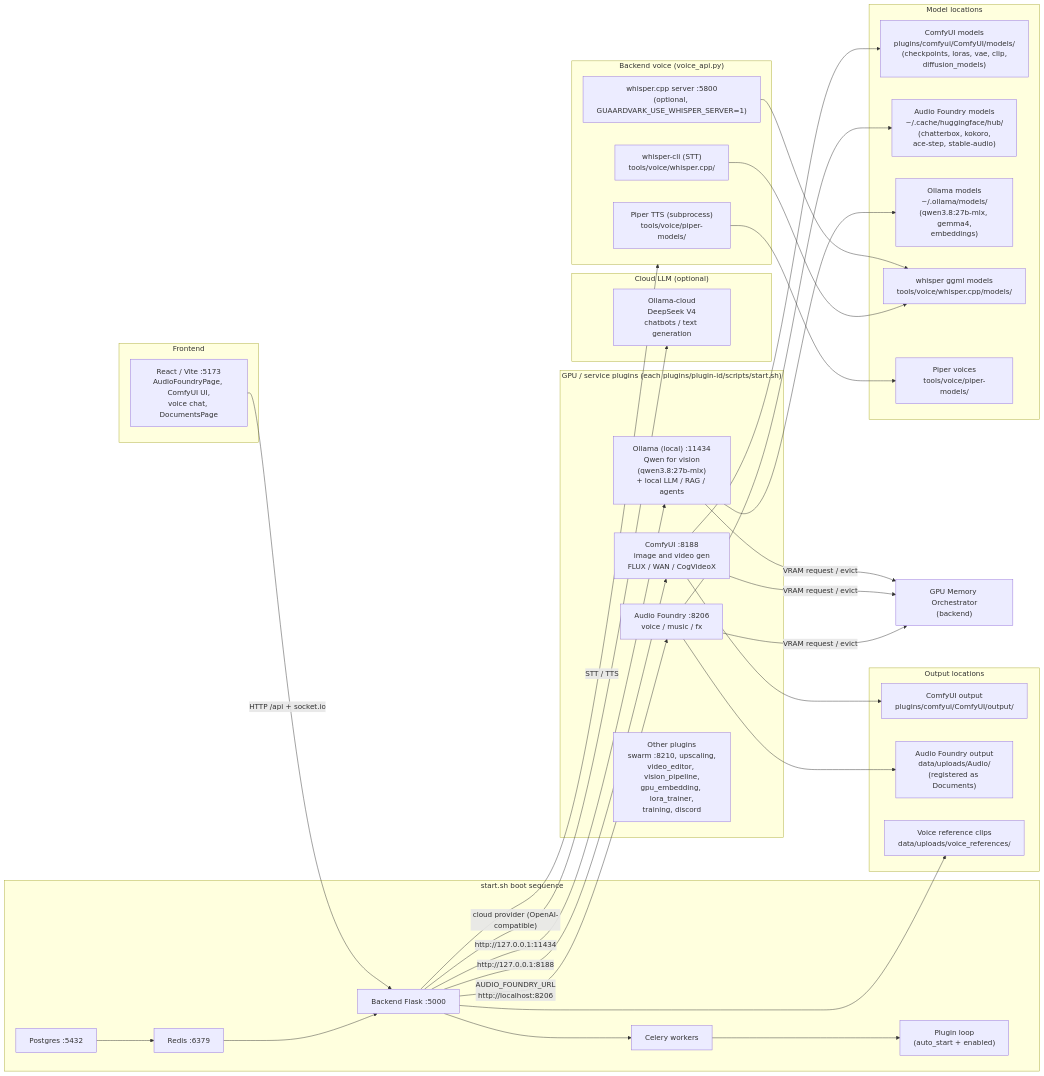
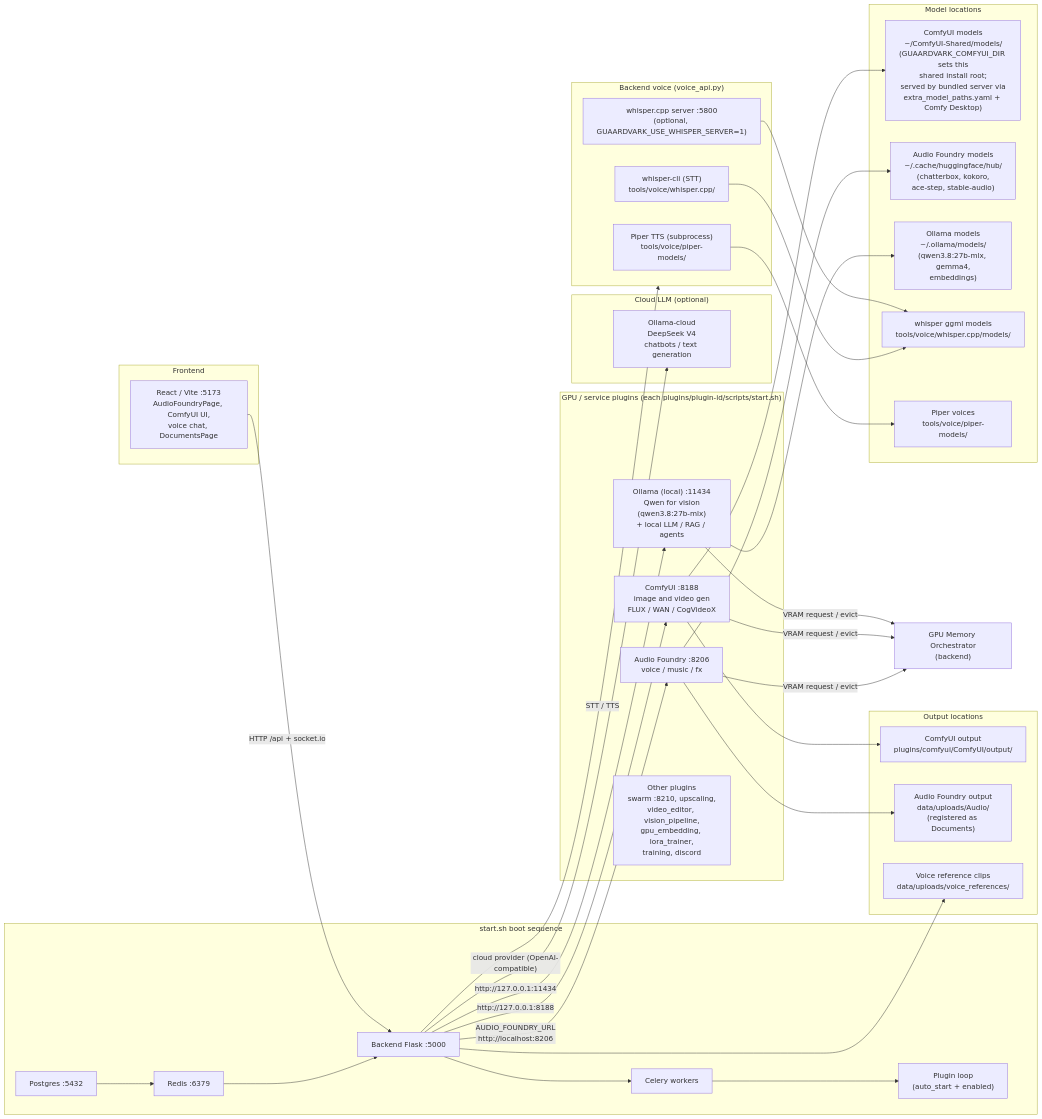
One commit to Kwik-Dev/guaardvark changed the diagram in docs/GENERATION_DIAGRAM.md. Above: the diagram before and after it, drawn with Mermaid. The commit also changed other lines of this file, not shown here.

Commit message:
docs: note shared ComfyUI model home (~/ComfyUI-Shared via GUAARDVARK_COMFYUI_DIR) + extra_model_paths bridge

````diff
--- a/docs/GENERATION_DIAGRAM.md
+++ b/docs/GENERATION_DIAGRAM.md
@@ -8,66 +8,66 @@
 ```mermaid
 flowchart LR
     subgraph BOOT["start.sh boot sequence"]
         A1["Postgres :5432"] --> A2["Redis :6379"]
         A2 --> A3["Backend Flask :5000"]
         A3 --> A4["Celery workers"]
         A4 --> A5["Plugin loop<br/>(auto_start + enabled)"]
     end
 
     subgraph PLUGINS["GPU / service plugins (each plugins/plugin-id/scripts/start.sh)"]
         P1["ComfyUI :8188<br/>image and video gen<br/>FLUX / WAN / CogVideoX"]
         P2["Audio Foundry :8206<br/>voice / music / fx"]
         P3["Ollama (local) :11434<br/>Qwen for vision<br/>(qwen3.8:27b-mlx)<br/>+ local LLM / RAG / agents"]
         P4["Other plugins<br/>swarm :8210, upscaling,<br/>video_editor, vision_pipeline,<br/>gpu_embedding, lora_trainer,<br/>training, discord"]
     end
 
     subgraph CLOUD["Cloud LLM (optional)"]
         C1["Ollama-cloud<br/>DeepSeek V4<br/>chatbots / text generation"]
     end
 
     subgraph VOICE["Backend voice (voice_api.py)"]
         V1["whisper-cli (STT)<br/>tools/voice/whisper.cpp/"]
         V2["whisper.cpp server :5800<br/>(optional, GUAARDVARK_USE_WHISPER_SERVER=1)"]
         V3["Piper TTS (subprocess)<br/>tools/voice/piper-models/"]
     end
 
     subgraph FRONT["Frontend"]
         F1["React / Vite :5173<br/>AudioFoundryPage, ComfyUI UI,<br/>voice chat, DocumentsPage"]
     end
 
     F1 -->|"HTTP /api + socket.io"| A3
     A3 -->|"AUDIO_FOUNDRY_URL<br/>http://localhost:8206"| P2
     A3 -->|"http://127.0.0.1:8188"| P1
     A3 -->|"http://127.0.0.1:11434"| P3
     A3 -->|"cloud provider (OpenAI-compatible)"| C1
     A3 -->|"STT / TTS"| VOICE
 
     P2 -->|"VRAM request / evict"| ORCH["GPU Memory Orchestrator<br/>(backend)"]
     P1 -->|"VRAM request / evict"| ORCH
     P3 -->|"VRAM request / evict"| ORCH
 
     subgraph MODELS["Model locations"]
-        M1["ComfyUI models<br/>plugins/comfyui/ComfyUI/models/<br/>(checkpoints, loras, vae, clip,<br/>diffusion_models)"]
+        M1["ComfyUI models<br/>~/ComfyUI-Shared/models/<br/>(GUAARDVARK_COMFYUI_DIR sets this<br/>shared install root;<br/>served by bundled server via<br/>extra_model_paths.yaml + Comfy Desktop)"]
         M2["Audio Foundry models<br/>~/.cache/huggingface/hub/<br/>(chatterbox, kokoro,<br/>ace-step, stable-audio)"]
         M3["Ollama models<br/>~/.ollama/models/<br/>(qwen3.8:27b-mlx, gemma4,<br/>embeddings)"]
         M4["whisper ggml models<br/>tools/voice/whisper.cpp/models/"]
         M5["Piper voices<br/>tools/voice/piper-models/"]
     end
 
     P1 --> M1
     P2 --> M2
     P3 --> M3
     V1 --> M4
     V2 --> M4
     V3 --> M5
 
     subgraph OUT["Output locations"]
         O1["ComfyUI output<br/>plugins/comfyui/ComfyUI/output/"]
         O2["Audio Foundry output<br/>data/uploads/Audio/<br/>(registered as Documents)"]
         O3["Voice reference clips<br/>data/uploads/voice_references/"]
     end
 
     P1 --> O1
     P2 --> O2
     A3 --> O3
 ```
````
